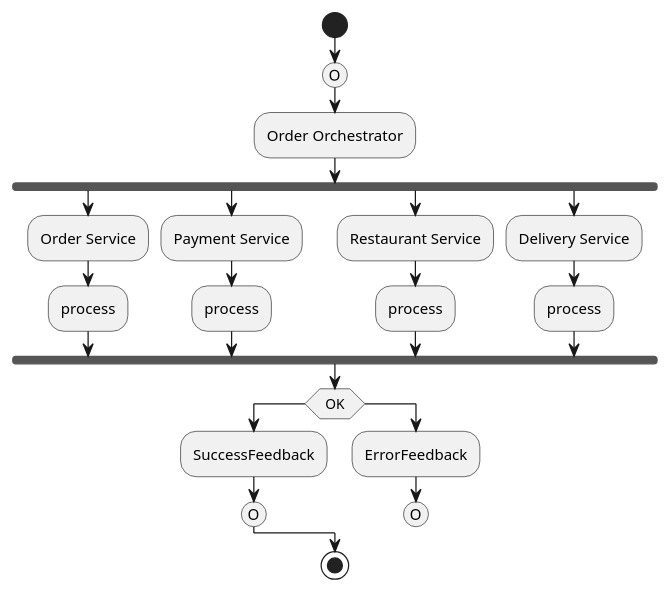
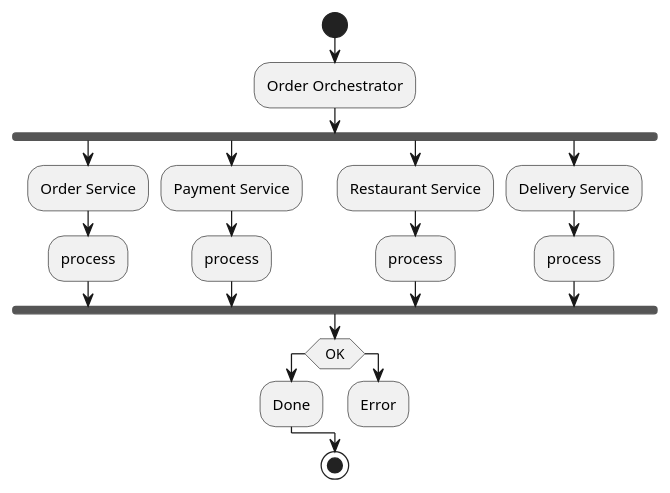
One commit to PrakharSrivastav/saga changed the diagram in uml/use-case-v2.puml. Above: the diagram before and after it, drawn with PlantUML. The commit also changed 2 other files, not shown here.

```diff
--- a/uml/use-case-v2.puml
+++ b/uml/use-case-v2.puml
@@ -1,29 +1,26 @@
 @startuml
 start
-(O)
 :Order Orchestrator;
 
 fork
     :Order Service;
 	:process;
 fork again
 	:Payment Service;
 	:process;
 fork again
 	:Restaurant Service;
 	:process;
 fork again
 	:Delivery Service;
 	:process;
 end fork
 if (OK) then
-   :SuccessFeedback;
-   (O)
+   :Done;
 else
-   :ErrorFeedback;
-   (O)
+   :Error;
    detach
 endif
 stop
 
 @enduml
```
